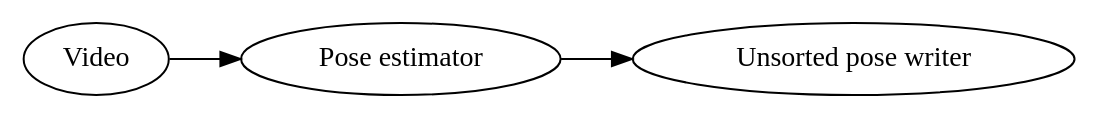
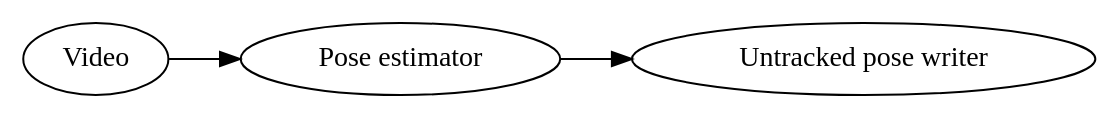
The second of 5 diagrams in docs/pipelines-overview.md (frankier/skelshop), drawn with Graphviz before and after one commit. The commit also changed other lines of this file and 12 other files, not shown here.

````diff
--- a/docs/pipelines-overview.md
+++ b/docs/pipelines-overview.md
@@ -21,9 +21,9 @@
 ```graphviz dot dumppipe.png
     digraph G {
         rankdir=LR
         video [label="Video"]
         estimator [label="Pose estimator"]
-        writer [label="Unsorted pose writer"]
+        writer [label="Untracked pose writer"]
         video -> estimator -> writer;
     }
 ```
````
